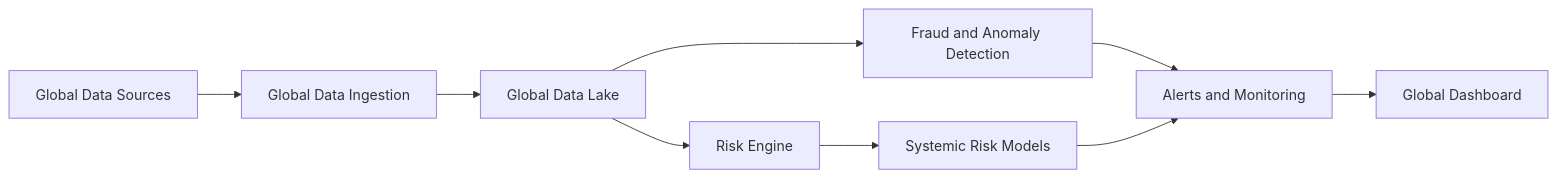
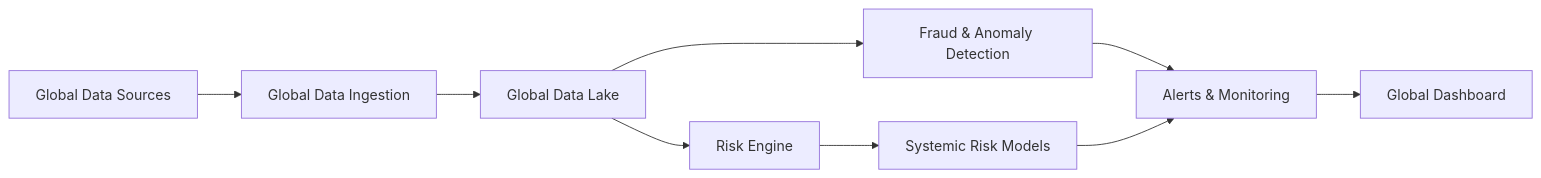
Before and after one commit to maykonlincolnusa/2008-financial-crisis: the first of 2 diagrams in README.md, drawn with Mermaid. The commit also changed other lines of this file, not shown here.

````diff
--- a/README.md
+++ b/README.md
@@ -118,11 +62,11 @@
 ```mermaid
 flowchart LR
   A[Global Data Sources] --> B[Global Data Ingestion]
   B --> C[Global Data Lake]
   C --> D[Risk Engine]
-  C --> E[Fraud and Anomaly Detection]
+  C --> E[Fraud & Anomaly Detection]
   D --> F[Systemic Risk Models]
-  E --> G[Alerts and Monitoring]
+  E --> G[Alerts & Monitoring]
   F --> G
   G --> H[Global Dashboard]
 ```
````
